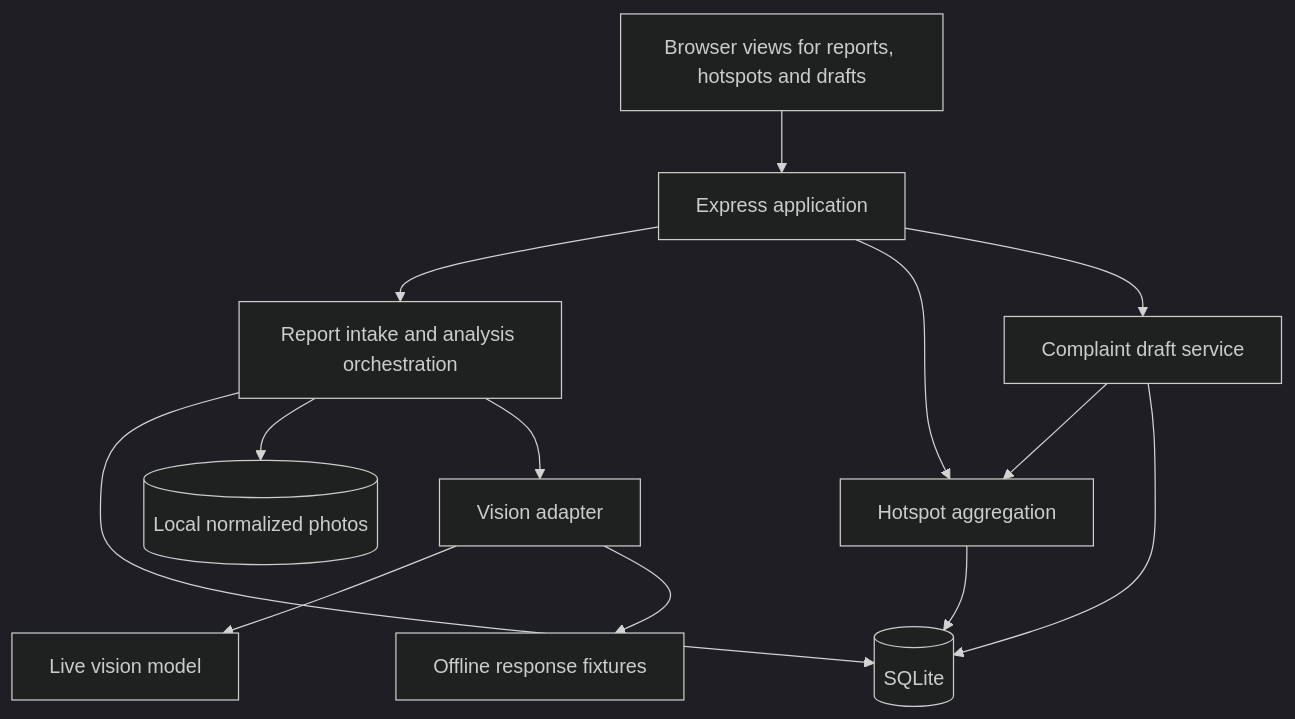
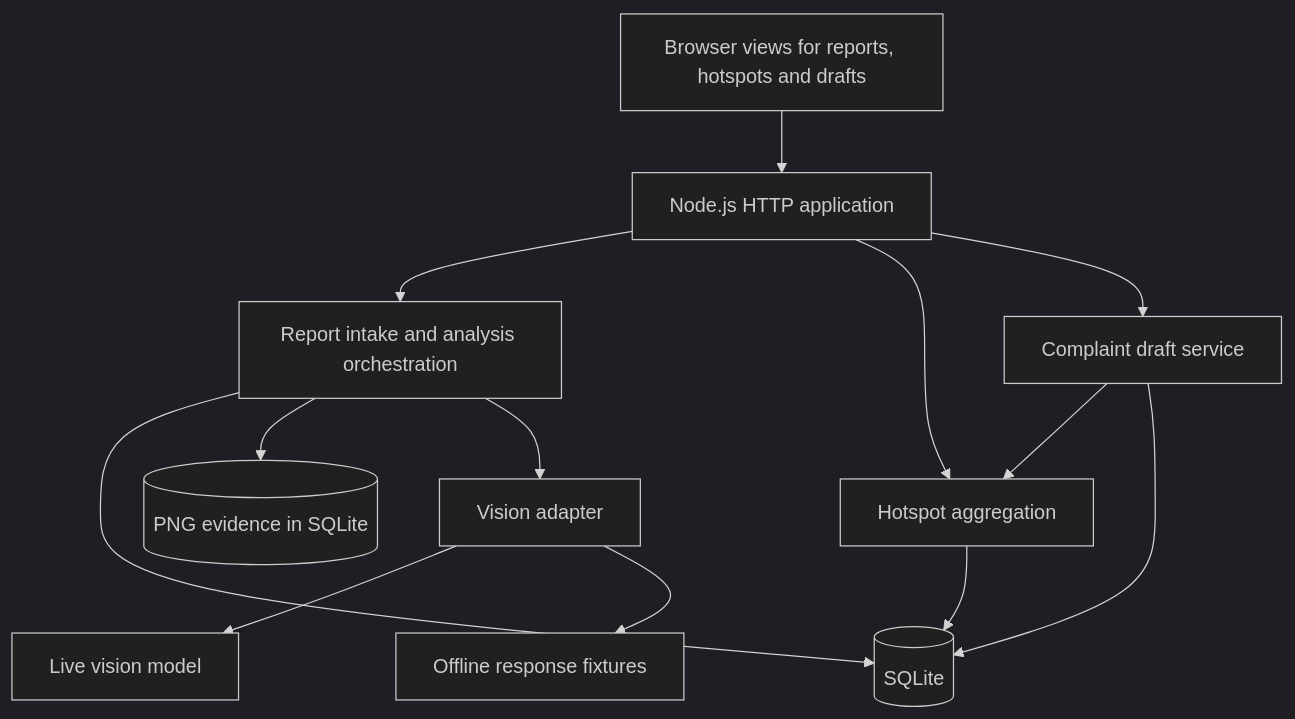
Before and after one commit to BagaaBhai28/JalNetra: the third of 5 diagrams in README.md, drawn with Mermaid (dark theme). The commit also changed other lines of this file and 8 other files, not shown here.

````diff
--- a/README.md
+++ b/README.md
@@ -104,15 +116,15 @@
 ```mermaid
 flowchart TD
-    UI["Browser views for reports, hotspots and drafts"] --> API["Express application"]
+    UI["Browser views for reports, hotspots and drafts"] --> API["Node.js HTTP application"]
     API --> REPORT["Report intake and analysis orchestration"]
     API --> HOTSPOT["Hotspot aggregation"]
     API --> DRAFT["Complaint draft service"]
     REPORT --> STORE[("SQLite")]
     HOTSPOT --> STORE
     DRAFT --> HOTSPOT
     DRAFT --> STORE
-    REPORT --> PHOTOS[("Local normalized photos")]
+    REPORT --> PHOTOS[("PNG evidence in SQLite")]
     REPORT --> ADAPTER["Vision adapter"]
     ADAPTER --> LIVE["Live vision model"]
     ADAPTER --> REPLAY["Offline response fixtures"]
 ```
````
